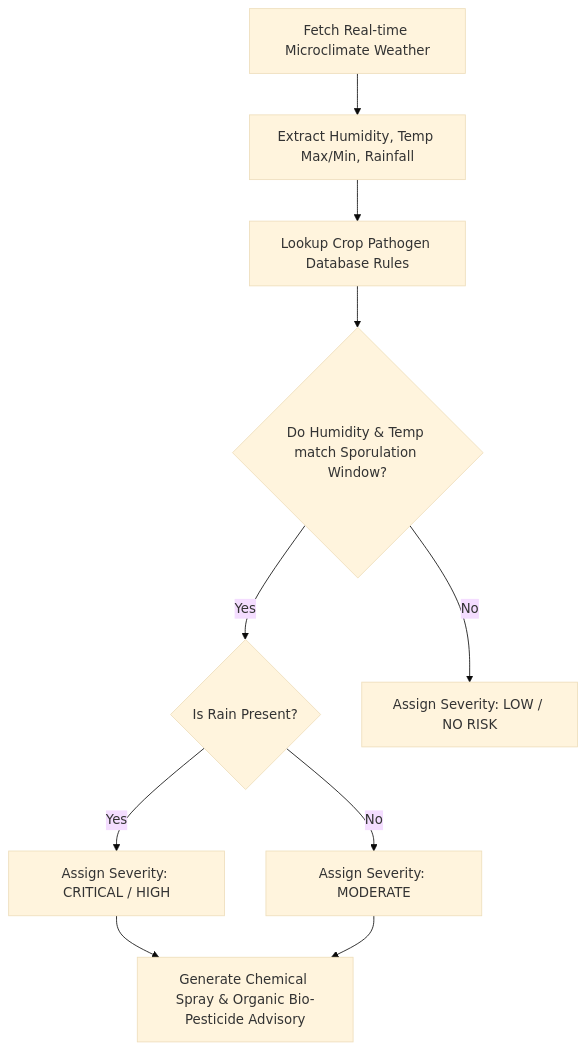
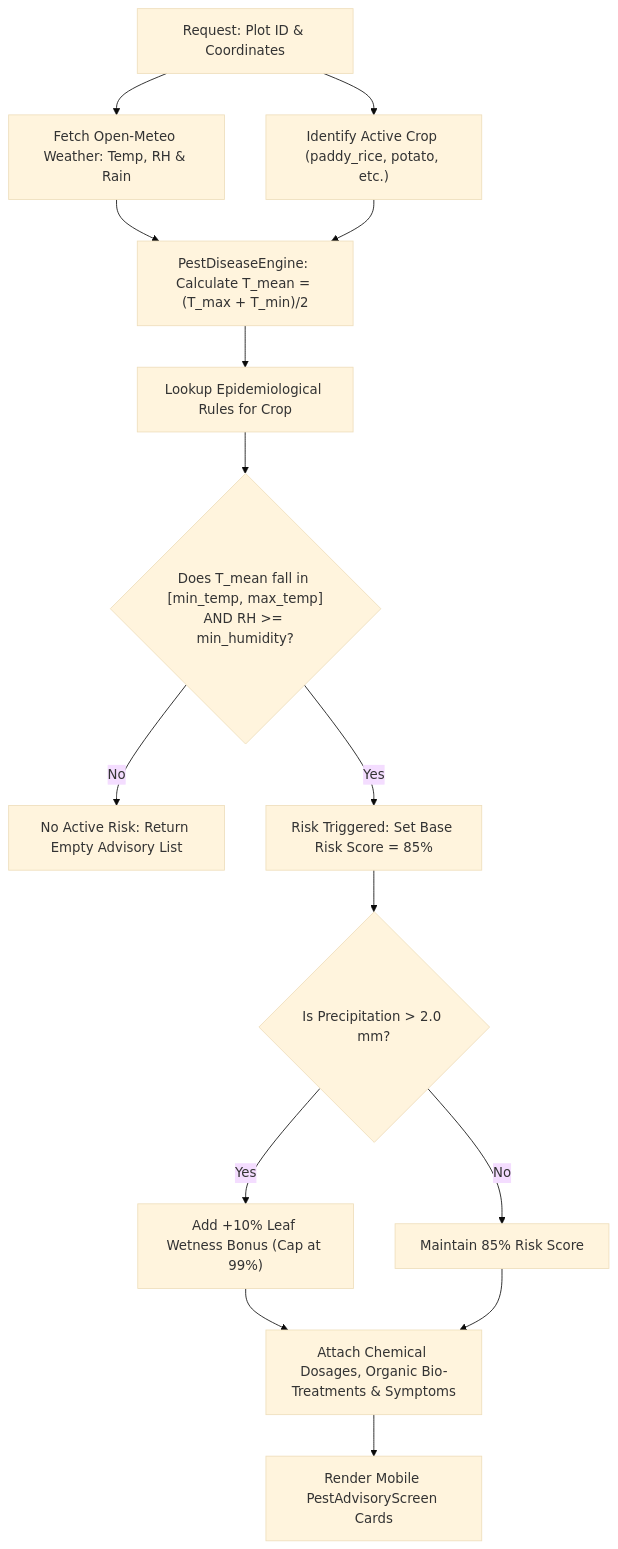
One commit to arpanpramanik2003/JalDrishti-AI changed the diagram in docs/04_weather_pest_advisory.md. Above: the diagram before and after it, drawn with Mermaid (base theme). The commit also changed other lines of this file and 2 other files, not shown here.

Commit message:
docs: add documentation for smart rain hold advisory, weather-pest integration, and system architecture

````diff
--- a/docs/04_weather_pest_advisory.md
+++ b/docs/04_weather_pest_advisory.md
@@ -23,12 +110,19 @@
 ```mermaid
 graph TD
-    A[Fetch Real-time Microclimate Weather] --> B[Extract Humidity, Temp Max/Min, Rainfall]
-    B --> C[Lookup Crop Pathogen Database Rules]
-    C --> D{Do Humidity & Temp match Sporulation Window?}
-    D -- Yes --> E{Is Rain Present?}
-    E -- Yes --> F[Assign Severity: CRITICAL / HIGH]
-    E -- No --> G[Assign Severity: MODERATE]
-    D -- No --> H[Assign Severity: LOW / NO RISK]
-    F --> I[Generate Chemical Spray & Organic Bio-Pesticide Advisory]
-    G --> I
+    A["Request: Plot ID & Coordinates"] --> B["Fetch Open-Meteo Weather: Temp, RH & Rain"]
+    A --> C["Identify Active Crop (paddy_rice, potato, etc.)"]
+
+    B & C --> D["PestDiseaseEngine: Calculate T_mean = (T_max + T_min)/2"]
+    D --> E["Lookup Epidemiological Rules for Crop"]
+
+    E --> F{"Does T_mean fall in [min_temp, max_temp]<br/>AND RH >= min_humidity?"}
+    F -- No --> G["No Active Risk: Return Empty Advisory List"]
+    F -- Yes --> H["Risk Triggered: Set Base Risk Score = 85%"]
+
+    H --> I{"Is Precipitation > 2.0 mm?"}
+    I -- Yes --> J["Add +10% Leaf Wetness Bonus (Cap at 99%)"]
+    I -- No --> K["Maintain 85% Risk Score"]
+
+    J & K --> L["Attach Chemical Dosages, Organic Bio-Treatments & Symptoms"]
+    L --> M["Render Mobile PestAdvisoryScreen Cards"]
 ```
````
